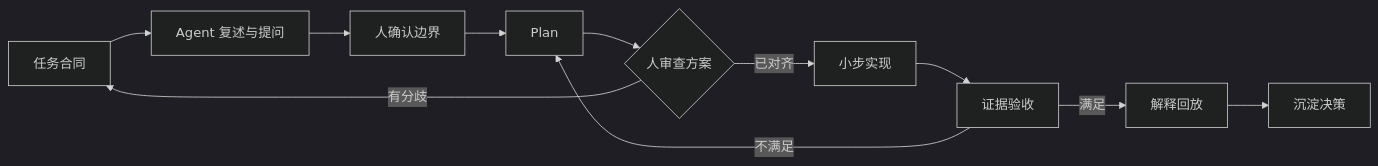
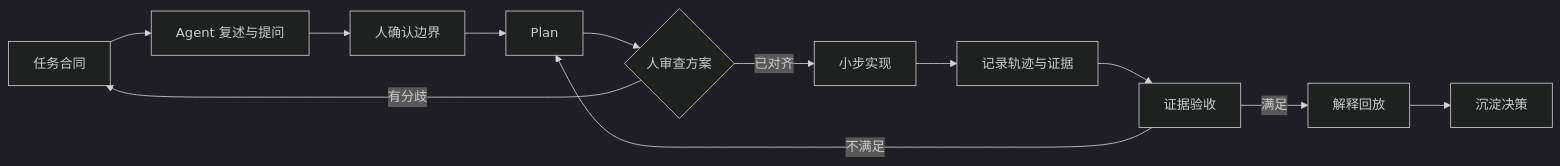
One commit to huangdi614/huangdi614.github.io changed the second of 2 diagrams in _posts/2026-10-28-vibe-coding时如何缓解与agent的认知偏差.md. Above: the diagram before and after it, drawn with Mermaid (dark theme). The commit also changed other lines of this file, not shown here.

````diff
--- a/_posts/2026-10-28-vibe-coding时如何缓解与agent的认知偏差.md
+++ b/_posts/2026-10-28-vibe-coding时如何缓解与agent的认知偏差.md
@@ -229,13 +230,14 @@
 ```mermaid
 flowchart LR
     A[任务合同] --> B[Agent 复述与提问]
     B --> C[人确认边界]
     C --> D[Plan]
     D --> E{人审查方案}
     E -- 有分歧 --> A
     E -- 已对齐 --> F[小步实现]
-    F --> G[证据验收]
+    F --> O[记录轨迹与证据]
+    O --> G[证据验收]
     G -- 不满足 --> D
     G -- 满足 --> H[解释回放]
     H --> I[沉淀决策]
 ```
````
